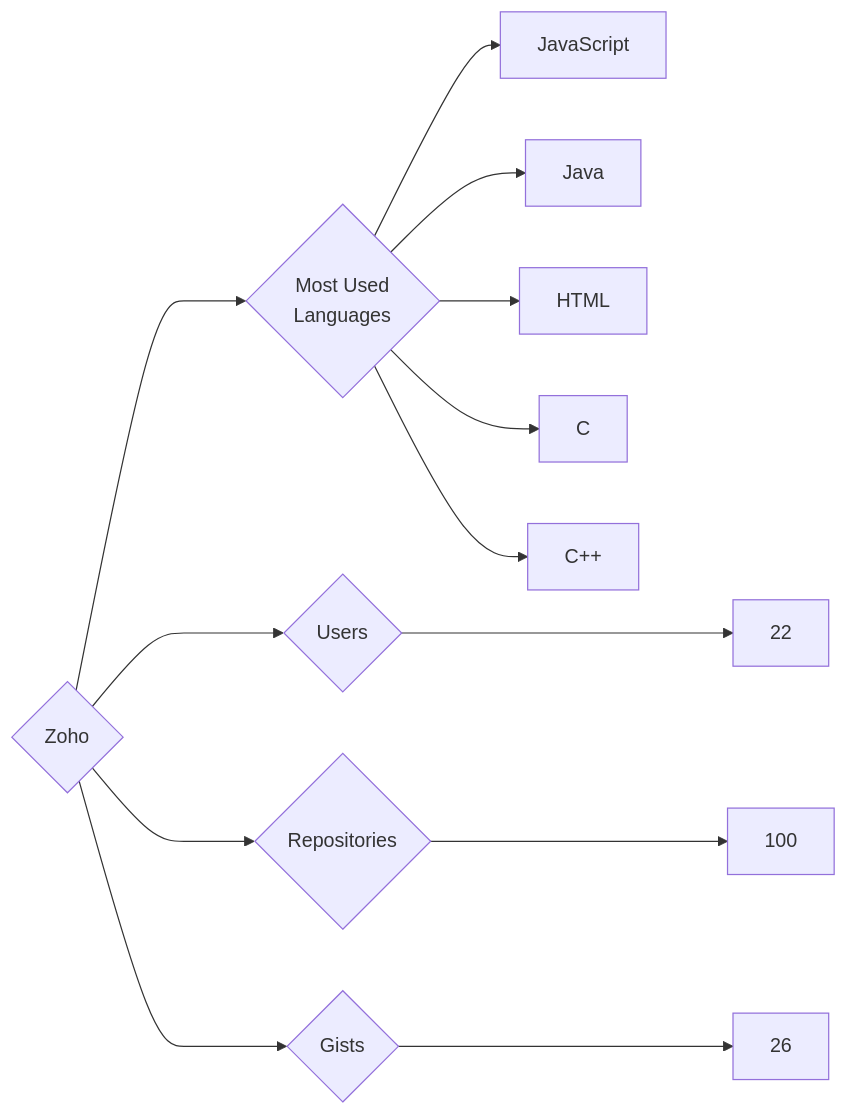
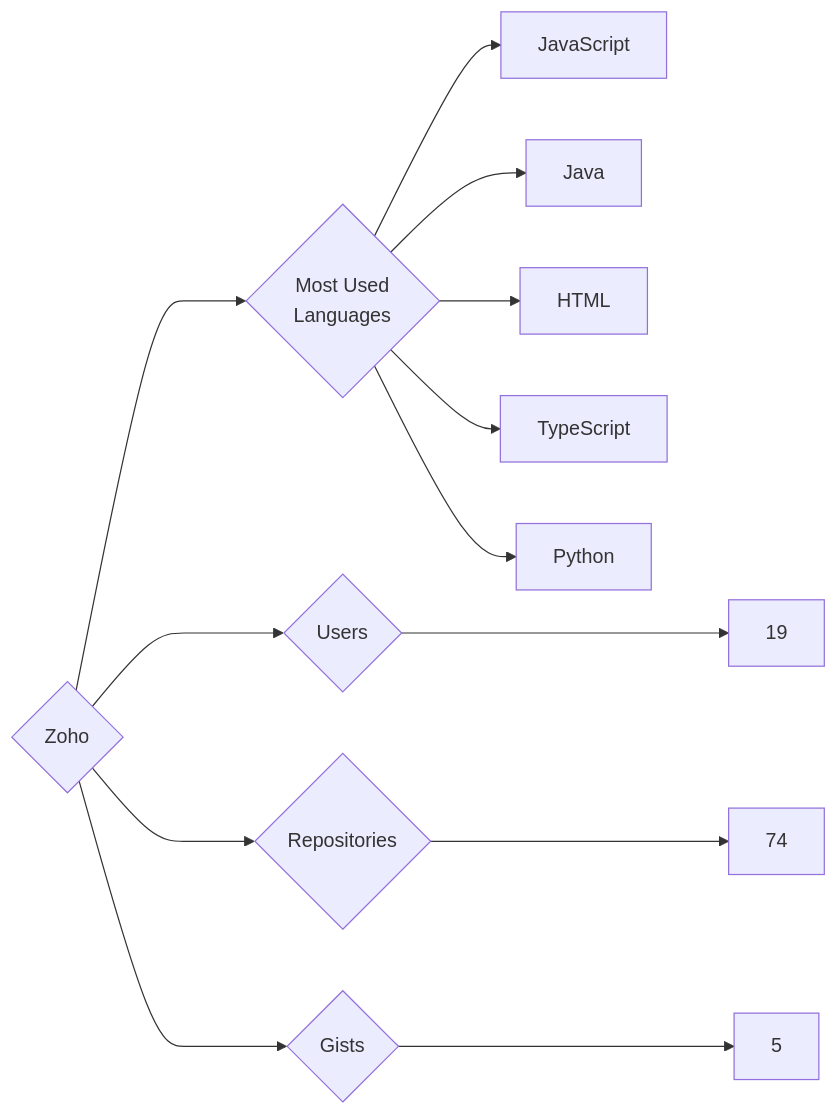
Before and after one commit to trickest/insiders: the diagram in targets/Zoho/README.md, drawn with Mermaid. The commit also changed 953 other files, not shown here.

````diff
--- a/targets/Zoho/README.md
+++ b/targets/Zoho/README.md
@@ -3,13 +3,13 @@
 ```mermaid
 graph LR
 COMPANY_NAME{Zoho}
-COMPANY_NAME ---> U{Users} ---> UN[22]
-COMPANY_NAME ---> R{Repositories} ---> RN[100]
-COMPANY_NAME ---> G{Gists} ---> GN[26]
+COMPANY_NAME ---> U{Users} ---> UN[19]
+COMPANY_NAME ---> R{Repositories} ---> RN[74]
+COMPANY_NAME ---> G{Gists} ---> GN[5]
 COMPANY_NAME ---> ML{Most Used<br>Languages}
 ML --> JavaScript[JavaScript]
 ML --> Java[Java]
 ML --> HTML[HTML]
-ML --> C[C]
-ML --> C++[C++]
+ML --> TypeScript[TypeScript]
+ML --> Python[Python]
 ```
````
